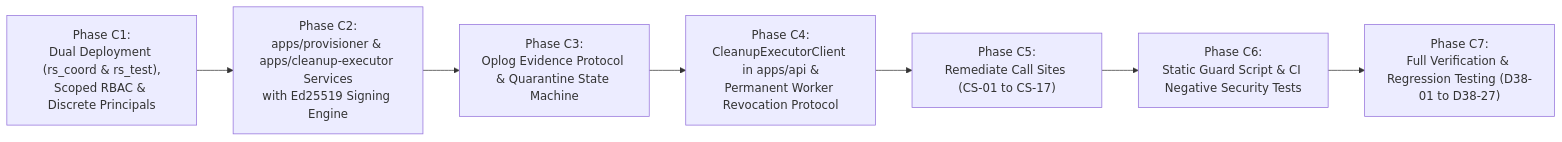
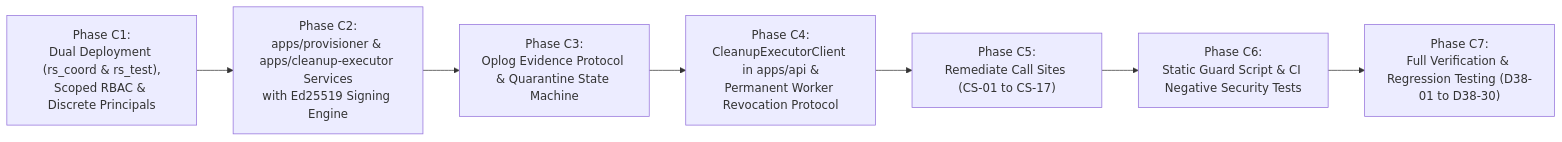
Before and after one commit to AmiTtiwari43/Decision-OS: the sixth of 6 diagrams in BATCH_4_V38_ARCHITECTURE_DECISION.md, drawn with Mermaid. The commit also changed other lines of this file, not shown here.

````diff
--- a/BATCH_4_V38_ARCHITECTURE_DECISION.md
+++ b/BATCH_4_V38_ARCHITECTURE_DECISION.md
@@ -1607,19 +1824,19 @@
 ```mermaid
 flowchart LR
     PhaseC1["Phase C1:
 Dual Deployment (rs_coord & rs_test),
 Scoped RBAC & Discrete Principals"] --> PhaseC2["Phase C2:
 apps/provisioner & apps/cleanup-executor Services
 with Ed25519 Signing Engine"]
     PhaseC2 --> PhaseC3["Phase C3:
 Oplog Evidence Protocol & Quarantine State Machine"]
     PhaseC3 --> PhaseC4["Phase C4:
 CleanupExecutorClient in apps/api &
 Permanent Worker Revocation Protocol"]
     PhaseC4 --> PhaseC5["Phase C5:
 Remediate Call Sites (CS-01 to CS-17)"]
     PhaseC5 --> PhaseC6["Phase C6:
 Static Guard Script & CI Negative Security Tests"]
     PhaseC6 --> PhaseC7["Phase C7:
-Full Verification & Regression Testing (D38-01 to D38-27)"]
+Full Verification & Regression Testing (D38-01 to D38-30)"]
 ```
````
